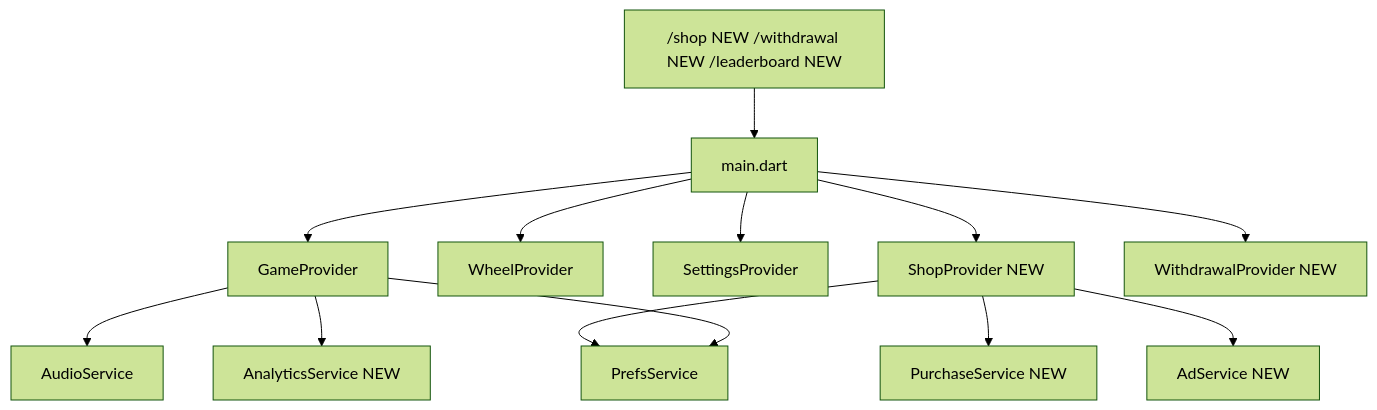
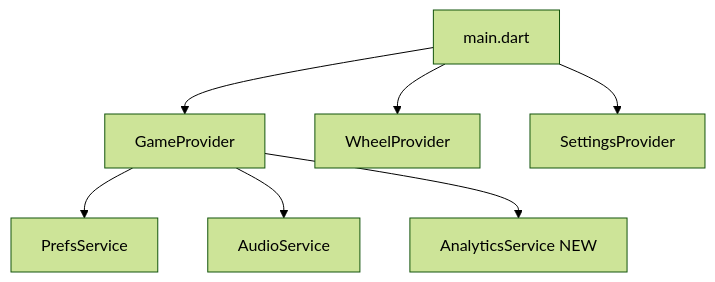
One commit to akalaytanovv/spin_foot_lucky_star changed the diagram in specs/todo.md. Above: the diagram before and after it, drawn with Mermaid (forest theme). The commit also changed other lines of this file and 8 other files, not shown here.

````diff
--- a/specs/todo.md
+++ b/specs/todo.md
@@ -5,17 +5,10 @@
 ```mermaid
 flowchart TD
     main[main.dart] --> GP[GameProvider]
     main --> WP[WheelProvider]
     main --> SP[SettingsProvider]
-    main --> ShP[ShopProvider NEW]
-    main --> WDP[WithdrawalProvider NEW]
 
     GP --> prefs[PrefsService]
     GP --> audio[AudioService]
     GP --> analytics[AnalyticsService NEW]
-    ShP --> purchase[PurchaseService NEW]
-    ShP --> ads[AdService NEW]
-    ShP --> prefs
-
-    routes["/shop NEW /withdrawal NEW /leaderboard NEW"] --> main
 ```
````
